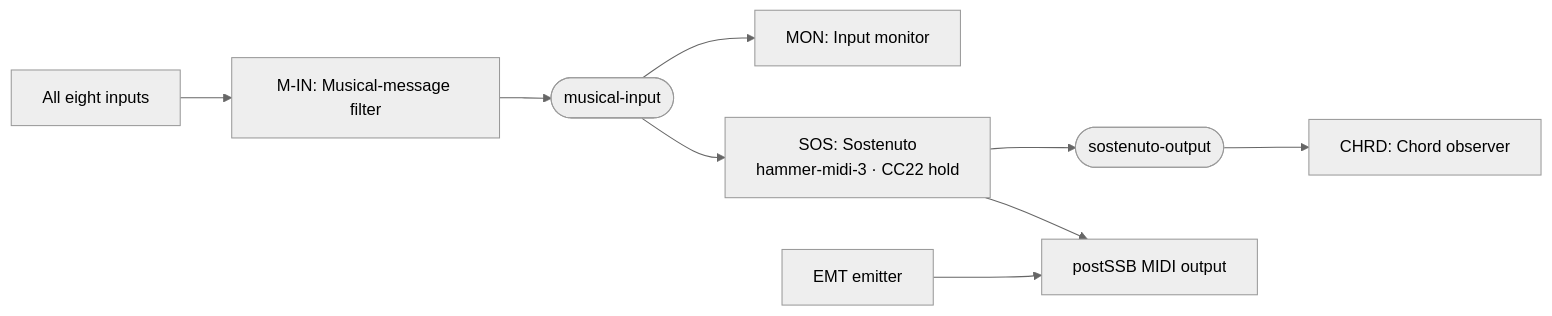
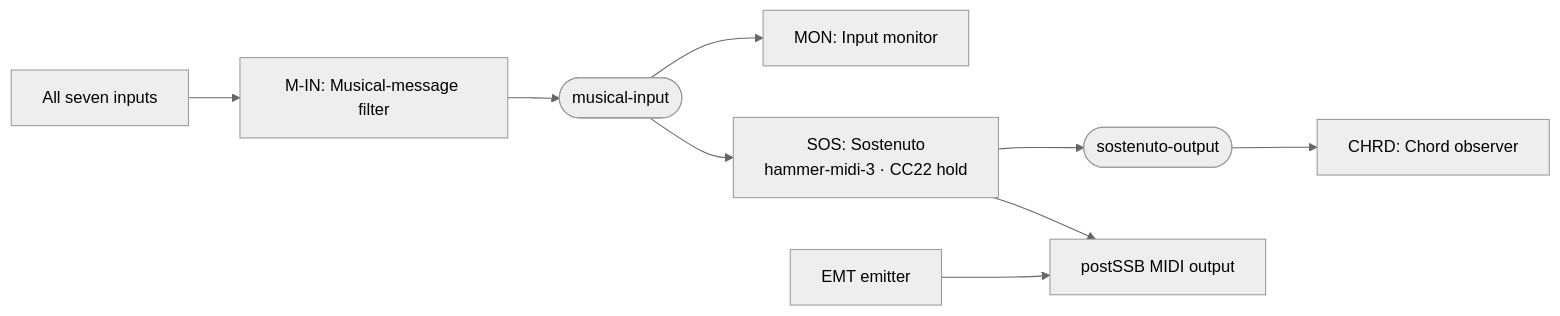
One commit to baalintnagy/midi-rat changed the first of 2 diagrams in docs/sostenuto.md. Above: the diagram before and after it, drawn with Mermaid (neutral theme). The commit also changed other lines of this file and 17 other files, not shown here.

````diff
--- a/docs/sostenuto.md
+++ b/docs/sostenuto.md
@@ -109,11 +109,11 @@
 ```mermaid
 flowchart LR
-    I[All eight inputs] --> F[M-IN: Musical-message filter]
+    I[All seven inputs] --> F[M-IN: Musical-message filter]
     F --> B([musical-input])
     B --> M[MON: Input monitor]
     B --> S["SOS: Sostenuto<br/>hammer-midi-3 · CC22 hold"]
     S --> O([sostenuto-output])
     O --> C[CHRD: Chord observer]
     S --> P[postSSB MIDI output]
     E[EMT emitter] --> P
 ```
````
